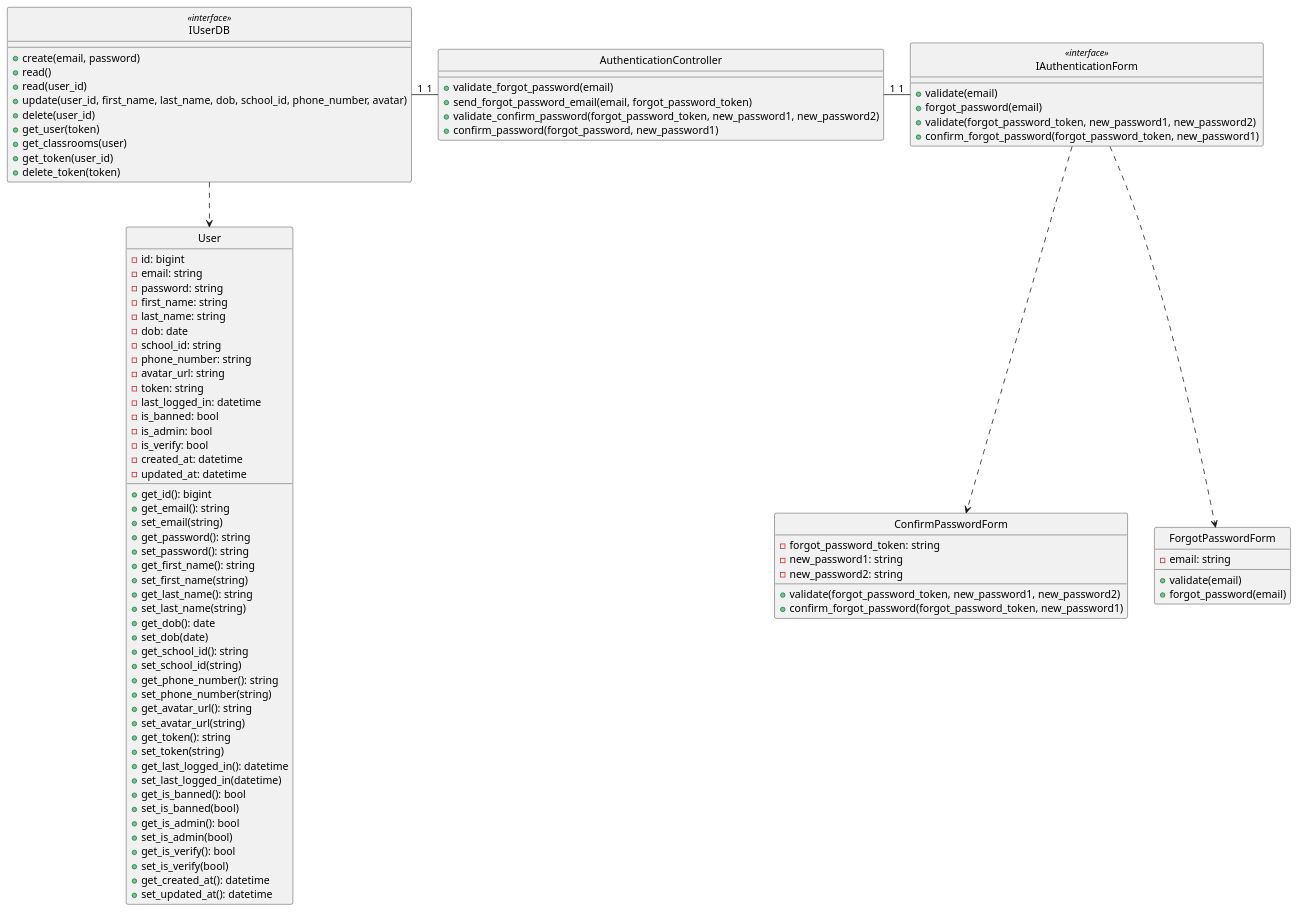
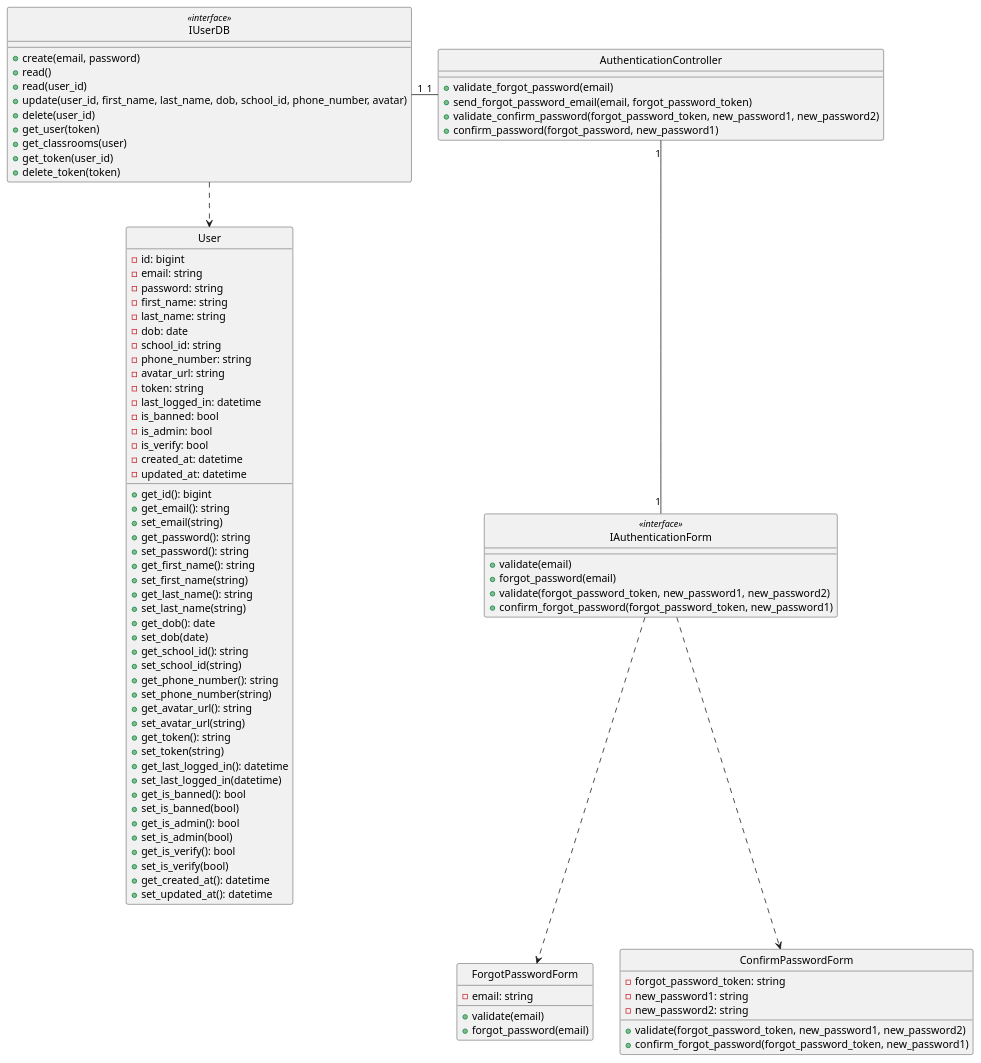
Before and after one commit to anonyhostvn/OOAD-Diagram: the diagram in class - design/authentication/forgotPassword.plantuml, drawn with PlantUML. The commit also changed 6 other files, not shown here.

```diff
--- a/class - design/authentication/forgotPassword.plantuml
+++ b/class - design/authentication/forgotPassword.plantuml
@@ -1,107 +1,107 @@
 @startuml createClass
 
 class User {
     - id: bigint
     - email: string
     - password: string
     - first_name: string
     - last_name: string
     - dob: date
     - school_id: string
     - phone_number: string
     - avatar_url: string
     - token: string
     - last_logged_in: datetime
     - is_banned: bool
     - is_admin: bool
     - is_verify: bool
     - created_at: datetime
     - updated_at: datetime
 
     + get_id(): bigint
     + get_email(): string
     + set_email(string)
     + get_password(): string
     + set_password(): string
     + get_first_name(): string
     + set_first_name(string)
     + get_last_name(): string
     + set_last_name(string)
     + get_dob(): date
     + set_dob(date)
     + get_school_id(): string
     + set_school_id(string)
     + get_phone_number(): string
     + set_phone_number(string)
     + get_avatar_url(): string
     + set_avatar_url(string)
     + get_token(): string
     + set_token(string)
     + get_last_logged_in(): datetime
     + set_last_logged_in(datetime)
     + get_is_banned(): bool
     + set_is_banned(bool)
     + get_is_admin(): bool
     + set_is_admin(bool)
     + get_is_verify(): bool
     + set_is_verify(bool)
     + get_created_at(): datetime
     + set_updated_at(): datetime
 }
 
 class IUserDB <<interface>> {
     + create(email, password)
     + read()
     + read(user_id)
     + update(user_id, first_name, last_name, dob, school_id, phone_number, avatar)
     + delete(user_id)
     + get_user(token)
     + get_classrooms(user)
     + get_token(user_id)
     + delete_token(token)
 }
 
 class ForgotPasswordForm {
     - email: string
 
     + validate(email)
     + forgot_password(email)
 }
 
 class ConfirmPasswordForm {
     - forgot_password_token: string
     - new_password1: string
     - new_password2: string
 
     + validate(forgot_password_token, new_password1, new_password2)
     + confirm_forgot_password(forgot_password_token, new_password1)
 }
 
 class IAuthenticationForm <<interface>> {
     + validate(email)
     + forgot_password(email)
     + validate(forgot_password_token, new_password1, new_password2)
     + confirm_forgot_password(forgot_password_token, new_password1)
 }
 
 class AuthenticationController {
     + validate_forgot_password(email)
     + send_forgot_password_email(email, forgot_password_token)
     + validate_confirm_password(forgot_password_token, new_password1, new_password2)
     + confirm_password(forgot_password, new_password1)
 }
 
 hide User circle
 hide IUserDB <<interface>> circle
 hide ForgotPasswordForm circle
 hide ConfirmPasswordForm circle
 hide IAuthenticationForm <<interface>> circle
 hide AuthenticationController circle
 
 IUserDB -down.> User
 IAuthenticationForm .down.> ForgotPasswordForm
 IAuthenticationForm .down.> ConfirmPasswordForm
 AuthenticationController "1"-left-"1" IUserDB
-IAuthenticationForm "1"-left-"1" AuthenticationController
+IAuthenticationForm "1"-up-"1" AuthenticationController
 
 @enduml
```
